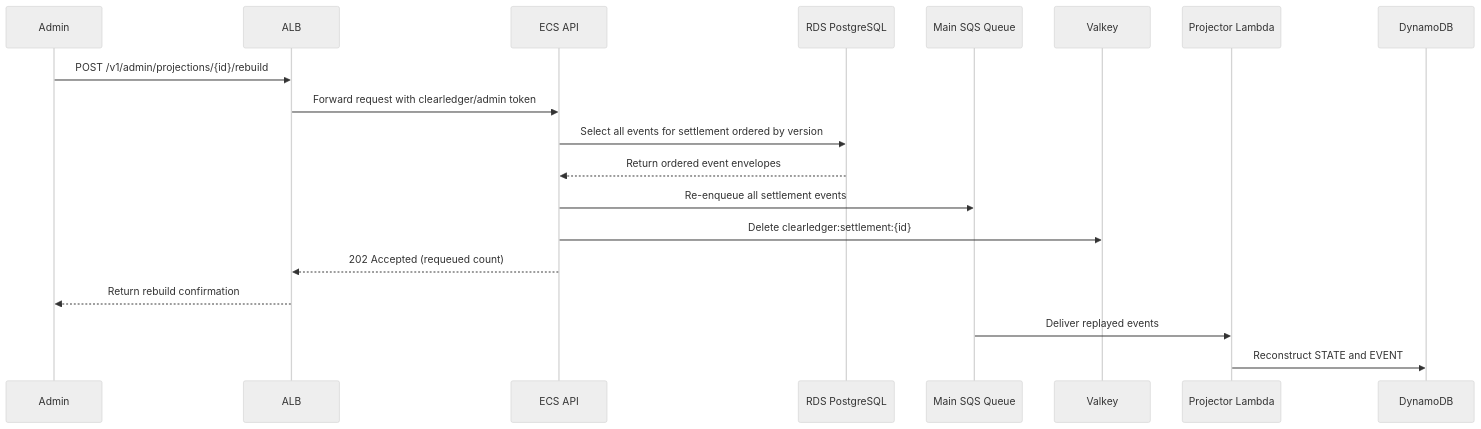
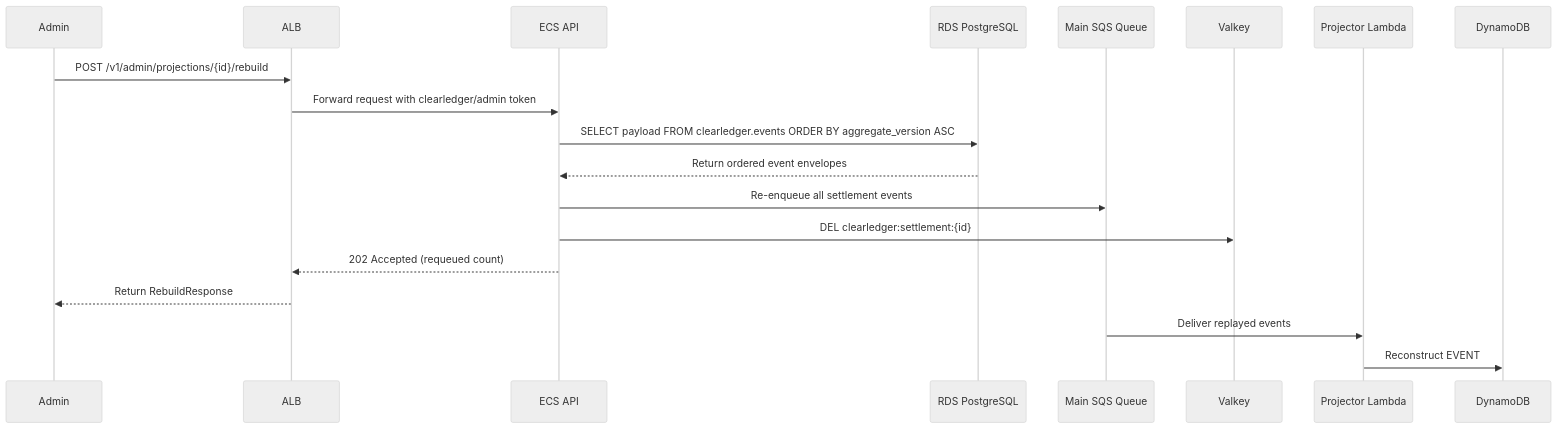
Before and after one commit to git-azeez/aw-az-01: the sixth of 8 diagrams in reasoning.md, drawn with Mermaid (neutral theme). The commit also changed other lines of this file and 1 other file, not shown here.

````diff
--- a/reasoning.md
+++ b/reasoning.md
@@ -195,22 +194,22 @@
 ```mermaid
 sequenceDiagram
     participant Admin
     participant ALB
     participant API as ECS API
     participant RDS as RDS PostgreSQL
     participant SQS as Main SQS Queue
     participant Valkey
     participant Projector as Projector Lambda
     participant DDB as DynamoDB
 
     Admin->>ALB: POST /v1/admin/projections/{id}/rebuild
     ALB->>API: Forward request with clearledger/admin token
-    API->>RDS: Select all events for settlement ordered by version
+    API->>RDS: SELECT payload FROM clearledger.events ORDER BY aggregate_version ASC
     RDS-->>API: Return ordered event envelopes
     API->>SQS: Re-enqueue all settlement events
-    API->>Valkey: Delete clearledger:settlement:{id}
+    API->>Valkey: DEL clearledger:settlement:{id}
     API-->>ALB: 202 Accepted (requeued count)
-    ALB-->>Admin: Return rebuild confirmation
+    ALB-->>Admin: Return RebuildResponse
     SQS->>Projector: Deliver replayed events
-    Projector->>DDB: Reconstruct STATE and EVENT# items
+    Projector->>DDB: Reconstruct EVENT# and STATE items
 ```
````
